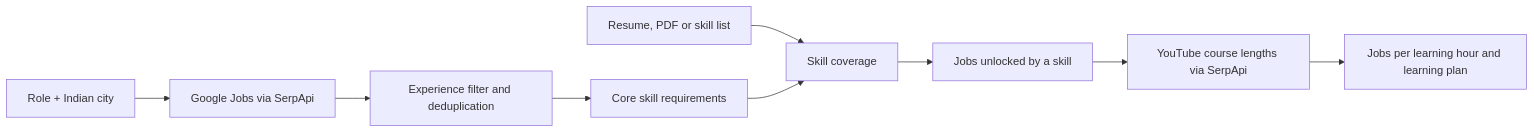
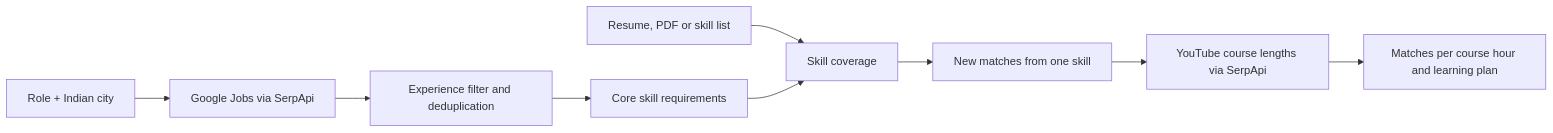
One commit to Anand-240/NextSkill changed the diagram in README.md. Above: the diagram before and after it, drawn with Mermaid. The commit also changed other lines of this file, not shown here.

````diff
--- a/README.md
+++ b/README.md
@@ -72,11 +74,11 @@
 ```mermaid
 flowchart LR
     A[Role + Indian city] --> B[Google Jobs via SerpApi]
     B --> C[Experience filter and deduplication]
     C --> D[Core skill requirements]
     E[Resume, PDF or skill list] --> F[Skill coverage]
     D --> F
-    F --> G[Jobs unlocked by a skill]
+    F --> G[New matches from one skill]
     G --> H[YouTube course lengths via SerpApi]
-    H --> I[Jobs per learning hour and learning plan]
+    H --> I[Matches per course hour and learning plan]
 ```
````
